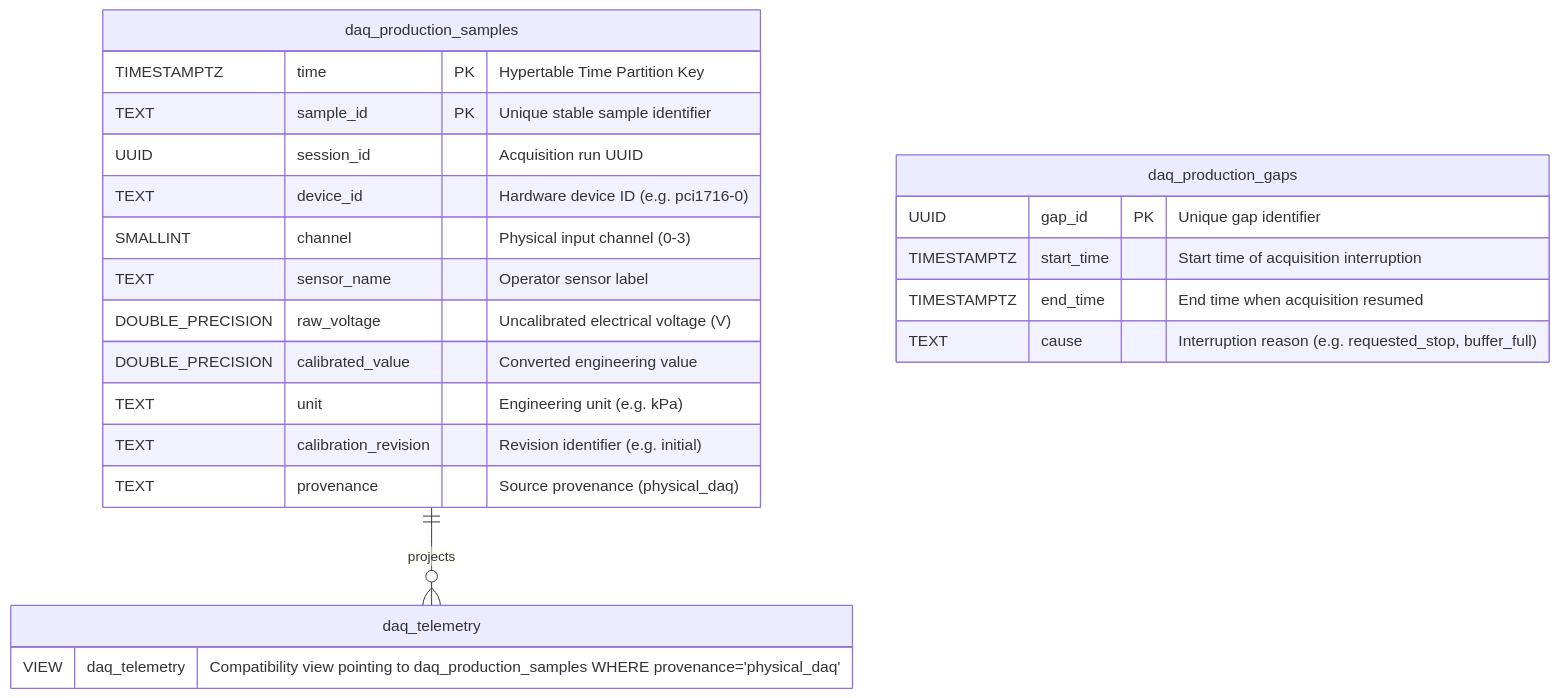
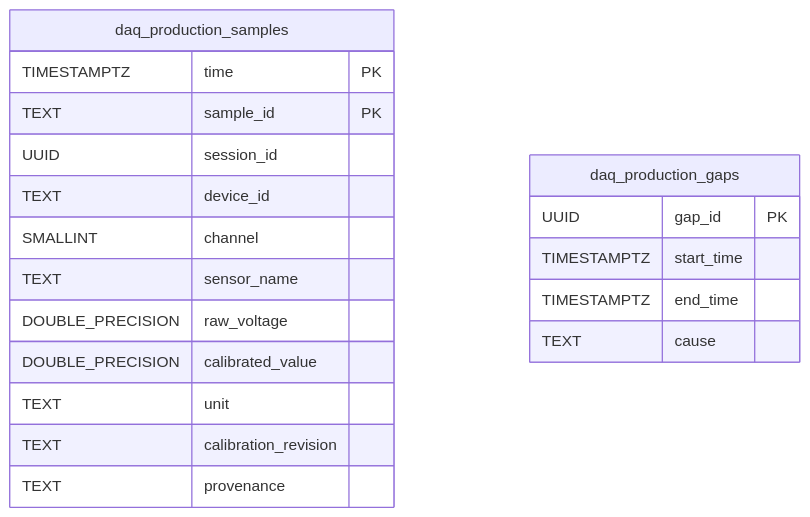
The diagram in docs/architecture/erd.md (Faiisu/IIoT-data-ingest), drawn with Mermaid before and after one commit. The commit also changed other lines of this file and 15 other files, not shown here.

````diff
--- a/docs/architecture/erd.md
+++ b/docs/architecture/erd.md
@@ -3,29 +3,22 @@
 ```mermaid
 erDiagram
     daq_production_samples {
-        TIMESTAMPTZ time PK "Hypertable Time Partition Key"
-        TEXT sample_id PK "Unique stable sample identifier"
-        UUID session_id "Acquisition run UUID"
-        TEXT device_id "Hardware device ID (e.g. pci1716-0)"
-        SMALLINT channel "Physical input channel (0-3)"
-        TEXT sensor_name "Operator sensor label"
-        DOUBLE_PRECISION raw_voltage "Uncalibrated electrical voltage (V)"
-        DOUBLE_PRECISION calibrated_value "Converted engineering value"
-        TEXT unit "Engineering unit (e.g. kPa)"
-        TEXT calibration_revision "Revision identifier (e.g. initial)"
-        TEXT provenance "Source provenance (physical_daq)"
+        TIMESTAMPTZ time PK
+        TEXT sample_id PK
+        UUID session_id
+        TEXT device_id
+        SMALLINT channel
+        TEXT sensor_name
+        DOUBLE_PRECISION raw_voltage
+        DOUBLE_PRECISION calibrated_value
+        TEXT unit
+        TEXT calibration_revision
+        TEXT provenance
     }
-
     daq_production_gaps {
-        UUID gap_id PK "Unique gap identifier"
-        TIMESTAMPTZ start_time "Start time of acquisition interruption"
-        TIMESTAMPTZ end_time "End time when acquisition resumed"
-        TEXT cause "Interruption reason (e.g. requested_stop, buffer_full)"
+        UUID gap_id PK
+        TIMESTAMPTZ start_time
+        TIMESTAMPTZ end_time
+        TEXT cause
     }
-
-    daq_telemetry {
-        VIEW daq_telemetry "Compatibility view pointing to daq_production_samples WHERE provenance='physical_daq'"
-    }
-
-    daq_production_samples ||--o{ daq_telemetry : "projects"
 ```
````
